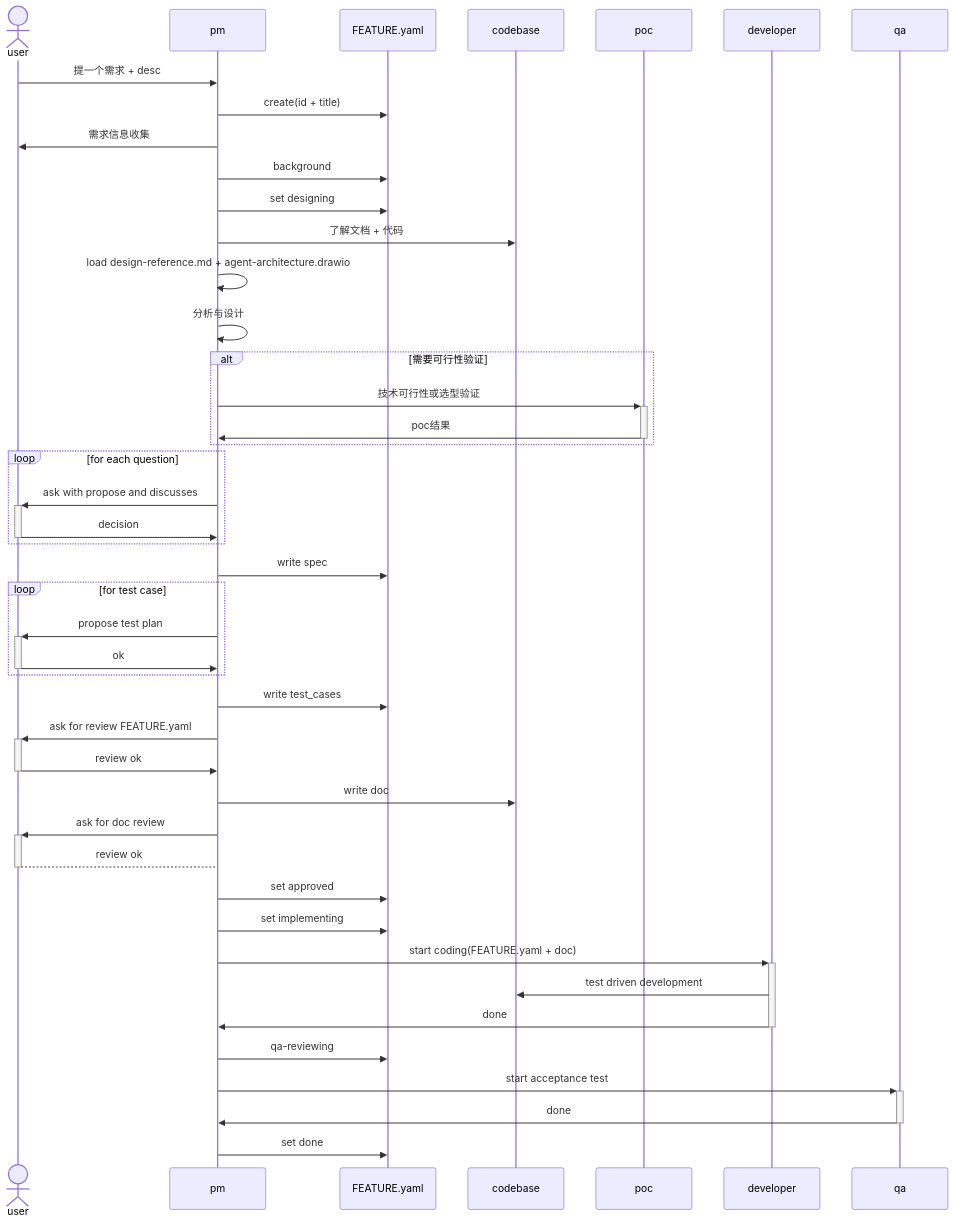
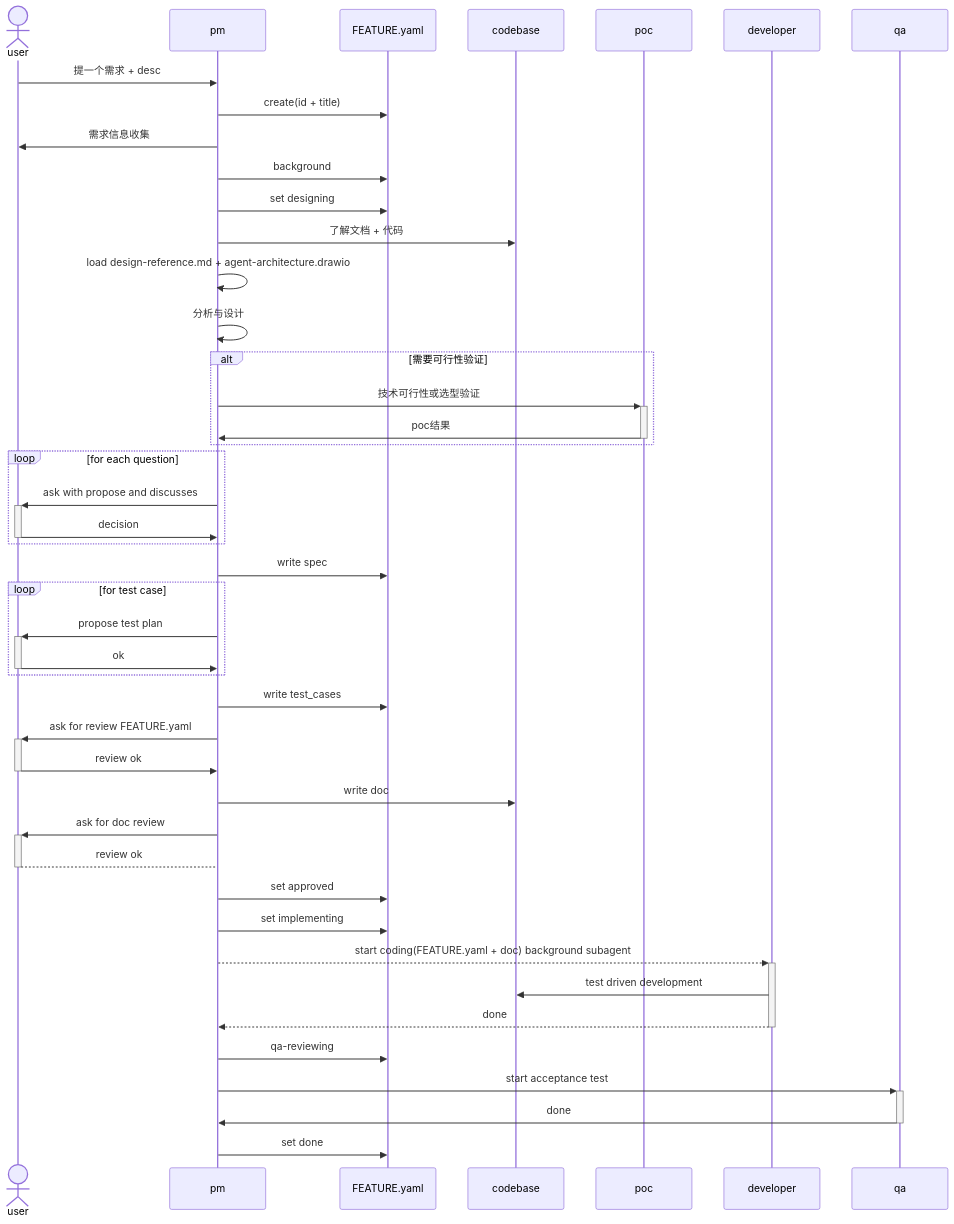
Before and after one commit to JoeyAssistant/skill-repo: the second of 3 diagrams in system-prompt/agent-factory/agent-pm.md, drawn with Mermaid. The commit also changed other lines of this file and 1 other file, not shown here.

First line of the commit message:
refactor(pm-prompt): subagent 调度全部改为后台调用（run_in_background: true）

````diff
--- a/system-prompt/agent-factory/agent-pm.md
+++ b/system-prompt/agent-factory/agent-pm.md
@@ -299,47 +299,47 @@
 ```mermaid
 sequenceDiagram
     actor user
     user->>pm: 提一个需求 + desc
     participant feat as FEATURE.yaml
     participant code as codebase
 
     pm->>feat: create(id + title)
     pm->>user: 需求信息收集
     pm->>feat: background
     pm->>feat: set designing
     pm->>code: 了解文档 + 代码
     pm->>pm: load design-reference.md + agent-architecture.drawio
     pm->>pm: 分析与设计
     alt 需要可行性验证
         pm->>+poc: 技术可行性或选型验证
         poc->>-pm: poc结果
     end
     loop for each question
         pm->>+user: ask with propose and discusses
         user->>-pm: decision
     end
     pm->>feat: write spec
     loop for test case
         pm->>+user: propose test plan
         user->>-pm: ok
     end
     pm->>feat: write test_cases
     participant dev as developer
     pm->>+user: ask for review FEATURE.yaml
     user->>-pm: review ok
 
     pm->>code: write doc
     pm->>+user: ask for doc review
     user-->-pm: review ok
     pm->>feat: set approved
 
     pm->>feat: set implementing
-    pm->>+dev: start coding(FEATURE.yaml + doc)
+    pm-->>+dev: start coding(FEATURE.yaml + doc) background subagent
     dev->>code: test driven development
-    dev->>-pm: done
+    dev-->>-pm: done
 
     pm->>feat: qa-reviewing
     pm->>+qa: start acceptance test
     qa->>-pm: done
     pm->>feat: set done
 ```
````
